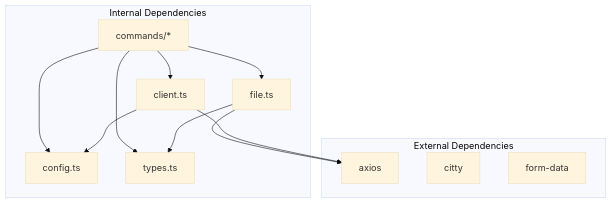
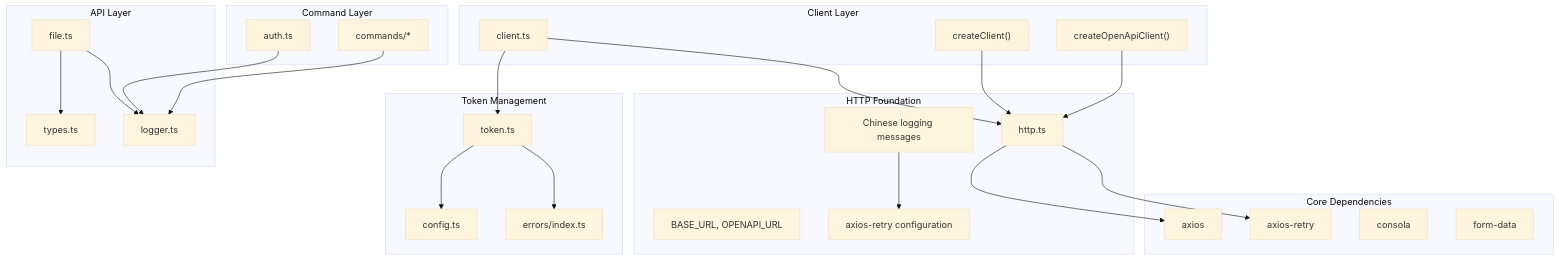
One commit to yuexiaoliang/baiduwangpan-manager changed diagram 11 of 11 in .qoder/repowiki/en/content/API Integration/HTTP Client Architecture.md. Above: the diagram before and after it, drawn with Mermaid (base theme). The commit also changed other lines of this file and 30 other files, not shown here.

````diff
--- a/.qoder/repowiki/en/content/API Integration/HTTP Client Architecture.md
+++ b/.qoder/repowiki/en/content/API Integration/HTTP Client Architecture.md
@@ -384,23 +520,47 @@
 ```mermaid
 graph TB
-subgraph "External Dependencies"
+subgraph "Core Dependencies"
 Axios["axios"]
-Citty["citty"]
+AxiosRetry["axios-retry"]
+Consola["consola"]
 FormData["form-data"]
 end
-subgraph "Internal Dependencies"
+subgraph "HTTP Foundation"
+HttpFoundation["http.ts"]
+BaseConfig["BASE_URL, OPENAPI_URL"]
+RetryConfig["axios-retry configuration"]
+ChineseLogging["Chinese logging messages"]
+end
+subgraph "Client Layer"
 ClientFactory["client.ts"]
+MainClient["createClient()"]
+OAuthClient["createOpenApiClient()"]
+end
+subgraph "Token Management"
+TokenManager["token.ts"]
 ConfigManager["config.ts"]
-TypeDefs["types.ts"]
-ApiClass["file.ts"]
+ErrorHandling["errors/index.ts"]
+end
+subgraph "API Layer"
+BaiduPanApi["file.ts"]
+TypeDefinitions["types.ts"]
+Logger["logger.ts"]
+end
+subgraph "Command Layer"
+AuthCmd["auth.ts"]
 Commands["commands/*"]
 end
-ClientFactory --> Axios
-ApiClass --> Axios
-Commands --> ClientFactory
-Commands --> ApiClass
-ClientFactory --> ConfigManager
-ApiClass --> TypeDefs
-Commands --> TypeDefs
-Commands --> ConfigManager
+HttpFoundation --> Axios
+HttpFoundation --> AxiosRetry
+ClientFactory --> HttpFoundation
+ClientFactory --> TokenManager
+MainClient --> HttpFoundation
+OAuthClient --> HttpFoundation
+TokenManager --> ConfigManager
+TokenManager --> ErrorHandling
+BaiduPanApi --> TypeDefinitions
+BaiduPanApi --> Logger
+AuthCmd --> Logger
+Commands --> Logger
+ChineseLogging --> RetryConfig
 ```
````
